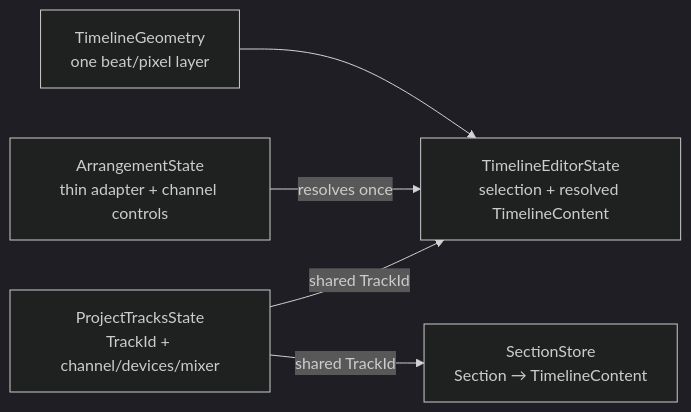
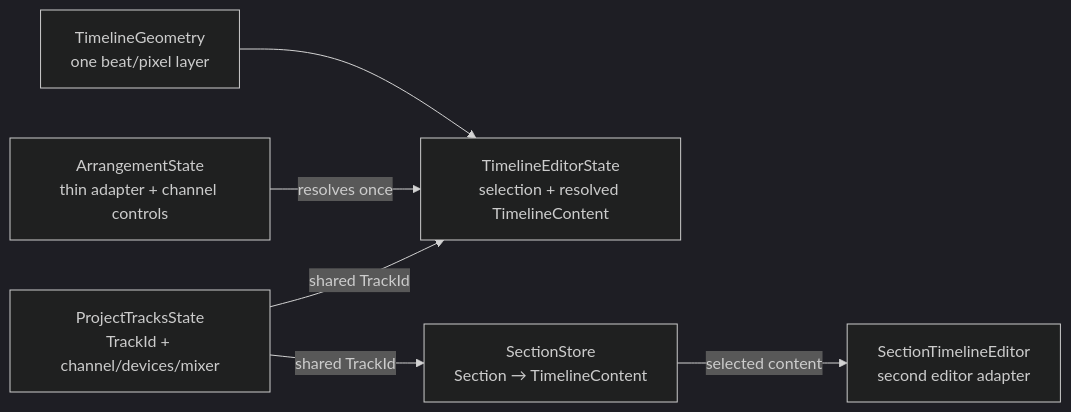
One commit to alexanderwanyoike/vibez changed the third of 4 diagrams in docs/ARCHITECTURE.md. Above: the diagram before and after it, drawn with Mermaid (dark theme). The commit also changed other lines of this file and 21 other files, not shown here.

````diff
--- a/docs/ARCHITECTURE.md
+++ b/docs/ARCHITECTURE.md
@@ -167,12 +176,14 @@
 ```mermaid
 flowchart LR
     PT["ProjectTracksState<br/>TrackId + channel/devices/mixer"]
     AA["ArrangementState<br/>thin adapter + channel controls"]
     TE["TimelineEditorState<br/>selection + resolved TimelineContent"]
     SS["SectionStore<br/>Section → TimelineContent"]
+    SE["SectionTimelineEditor<br/>second editor adapter"]
     TG["TimelineGeometry<br/>one beat/pixel layer"]
     PT -- "shared TrackId" --> TE
     PT -- "shared TrackId" --> SS
+    SS -- "selected content" --> SE
     AA -- "resolves once" --> TE
     TG --> TE
 ```
````
